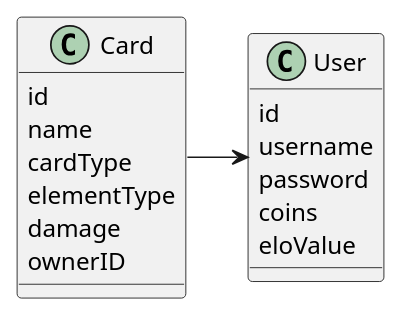
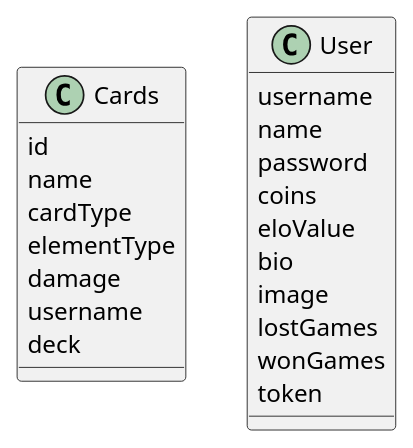
The diagram in DB-UML.plantuml (StefanieG01/MTCG), drawn with PlantUML before and after one commit. The commit also changed 15 other files, not shown here.

```diff
--- a/DB-UML.plantuml
+++ b/DB-UML.plantuml
@@ -1,24 +1,28 @@
 @startuml
 
-class Card
+class Cards
 {
     id
     name
     cardType
     elementType
     damage
-    ownerID
+    username
+    deck
 }
 
 class User
 {
-    id
     username
+    name
     password
     coins
     eloValue
+    bio
+    image
+    lostGames
+    wonGames
+    token
 }
 
-Card -> User
-
 @enduml
```
